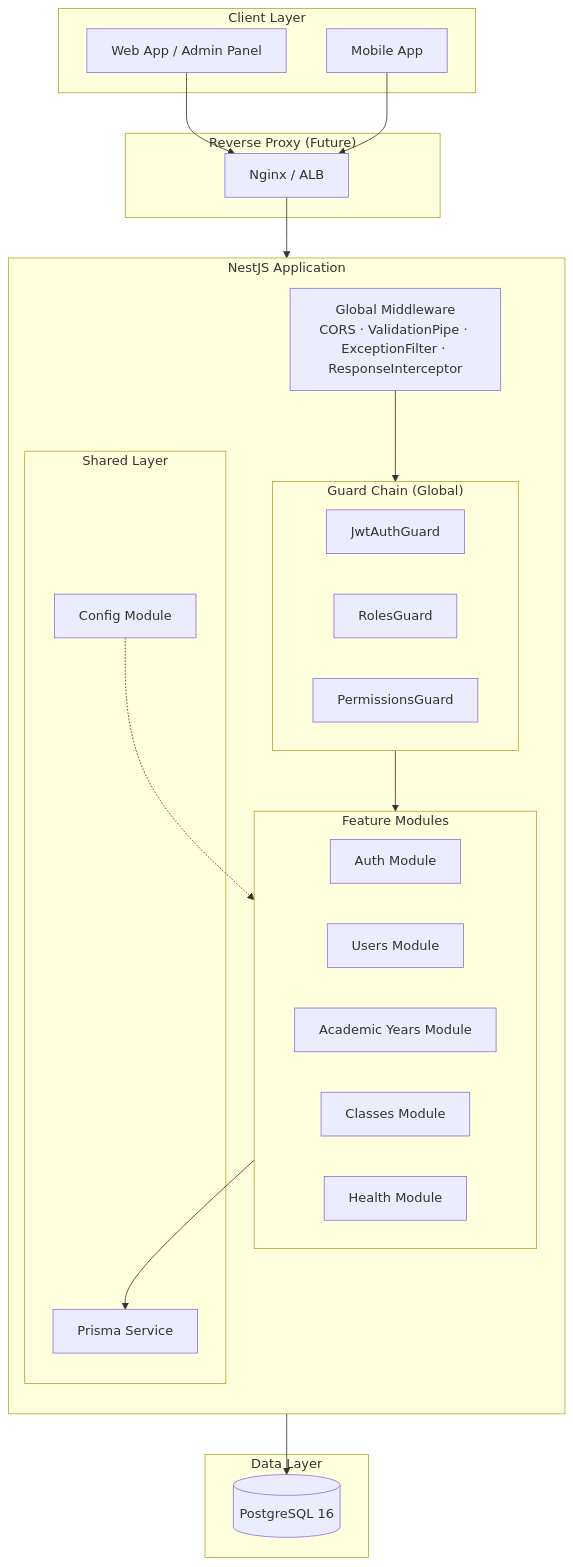
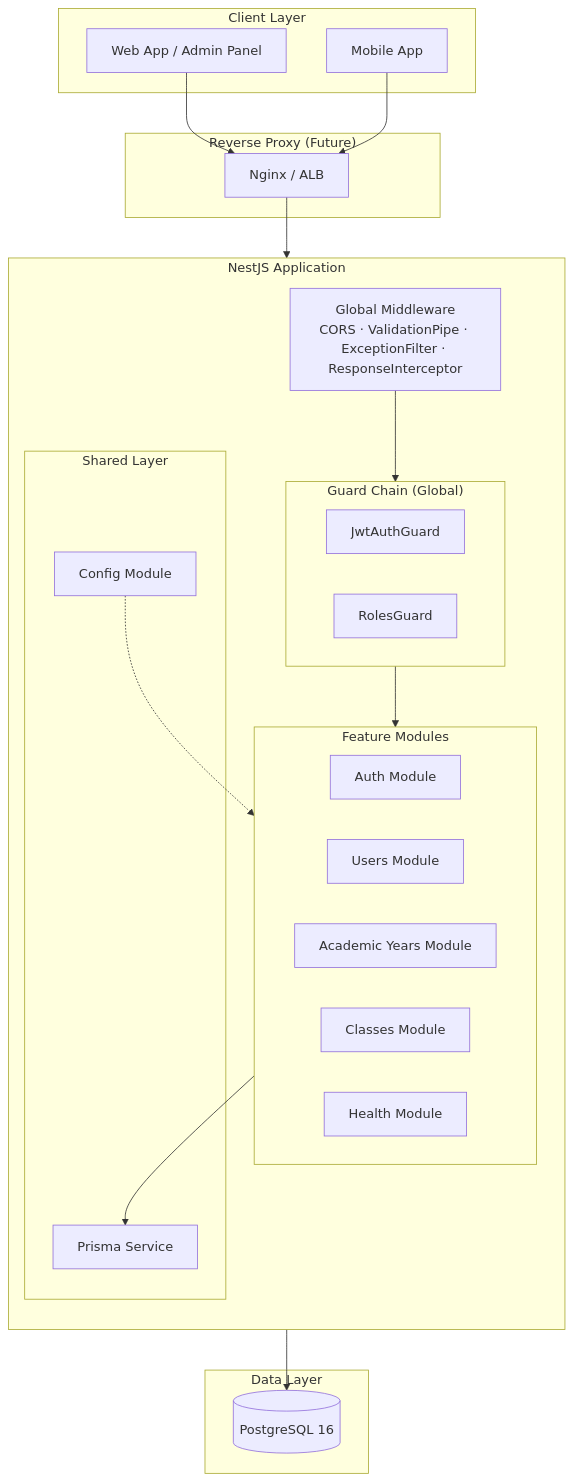
The first of 16 diagrams in docs/ARCHITECTURE.md (Shu03/my-school-BE), drawn with Mermaid before and after one commit. The commit also changed other lines of this file and 95 other files, not shown here.

````diff
--- a/docs/ARCHITECTURE.md
+++ b/docs/ARCHITECTURE.md
@@ -10,47 +10,46 @@
 ```mermaid
 graph TB
     subgraph Client["Client Layer"]
         WEB[Web App / Admin Panel]
         MOB[Mobile App]
     end
 
     subgraph Proxy["Reverse Proxy (Future)"]
         RP[Nginx / ALB]
     end
 
     subgraph API["NestJS Application"]
         direction TB
         MW[Global Middleware<br/>CORS · ValidationPipe · ExceptionFilter · ResponseInterceptor]
 
         subgraph Guards["Guard Chain (Global)"]
             G1[JwtAuthGuard]
             G2[RolesGuard]
-            G3[PermissionsGuard]
         end
 
         subgraph Modules["Feature Modules"]
             AUTH[Auth Module]
             USR[Users Module]
             AY[Academic Years Module]
             CLS[Classes Module]
             HEALTH[Health Module]
         end
 
         subgraph Shared["Shared Layer"]
             PRISMA[Prisma Service]
             CONFIG[Config Module]
         end
     end
 
     subgraph DB["Data Layer"]
         PG[(PostgreSQL 16)]
     end
 
     WEB & MOB --> RP
     RP --> MW
     MW --> Guards
     Guards --> Modules
     Modules --> PRISMA
     PRISMA --> PG
     CONFIG -.-> Modules
 ```
````
